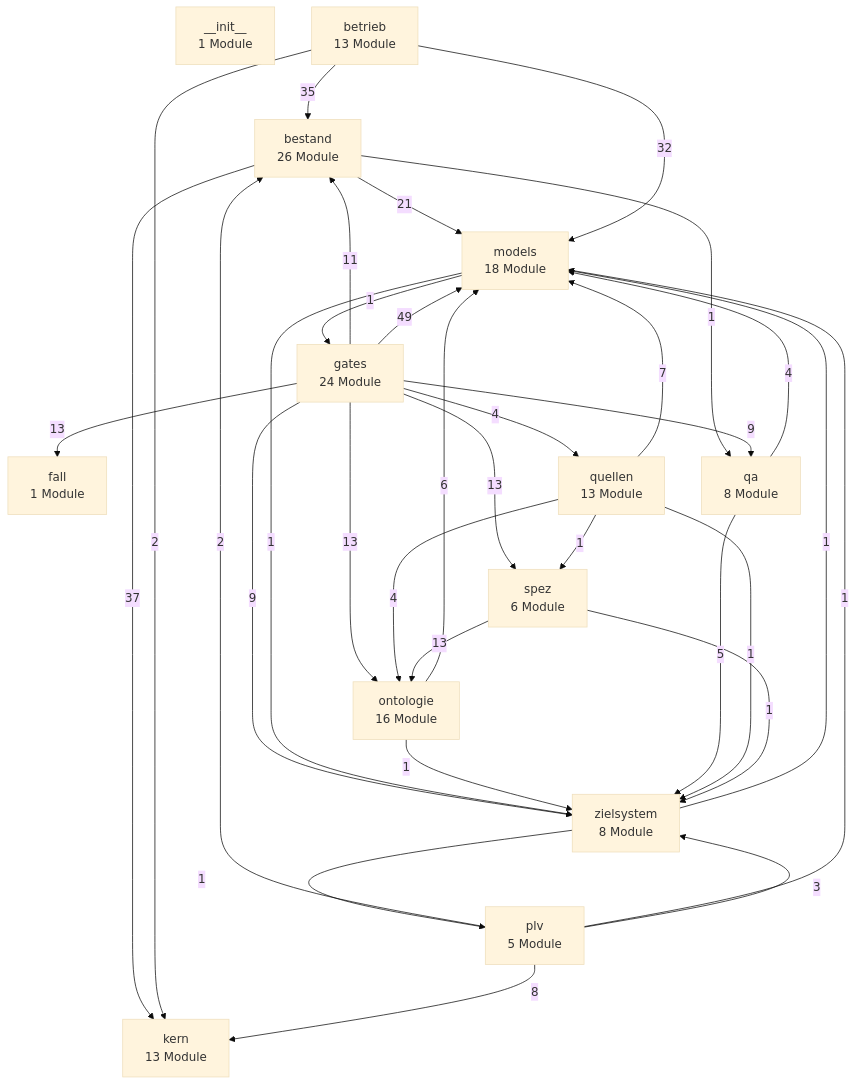
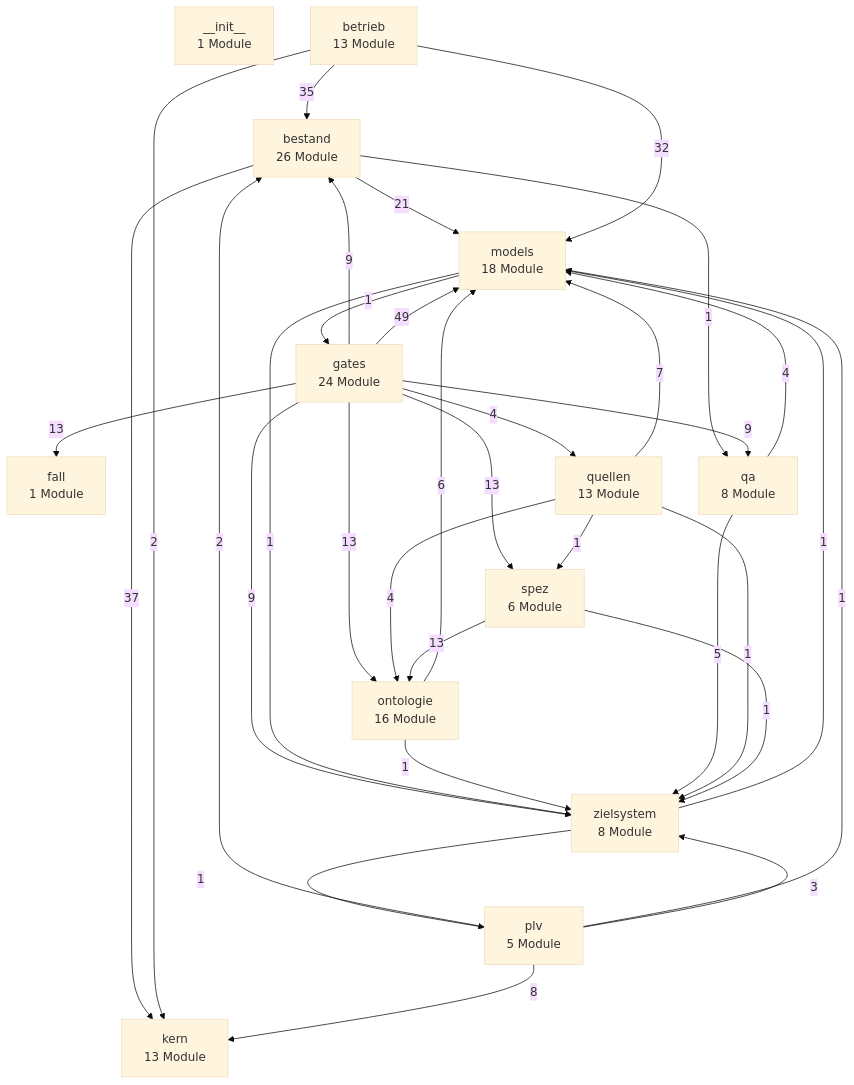
The first of 3 diagrams in docs/architektur/landkarte.md (bartlmac/rechner-pipeline), drawn with Mermaid (base theme) before and after one commit. The commit also changed 6 other files, not shown here.

````diff
--- a/docs/architektur/landkarte.md
+++ b/docs/architektur/landkarte.md
@@ -36,49 +36,49 @@
 ```mermaid
 %% Schichten — erzeugt von ontologie.landkarte
 flowchart TD
     n__init__["__init__<br/>1 Module"]
     bestand["bestand<br/>26 Module"]
     betrieb["betrieb<br/>13 Module"]
     fall["fall<br/>1 Module"]
     gates["gates<br/>24 Module"]
     kern["kern<br/>13 Module"]
     models["models<br/>18 Module"]
     ontologie["ontologie<br/>16 Module"]
     plv["plv<br/>5 Module"]
     qa["qa<br/>8 Module"]
     quellen["quellen<br/>13 Module"]
     spez["spez<br/>6 Module"]
     zielsystem["zielsystem<br/>8 Module"]
     bestand -- 37 --> kern
     bestand -- 21 --> models
     bestand -- 1 --> qa
     betrieb -- 35 --> bestand
     betrieb -- 2 --> kern
     betrieb -- 32 --> models
-    gates -- 11 --> bestand
+    gates -- 9 --> bestand
     gates -- 13 --> fall
     gates -- 49 --> models
     gates -- 13 --> ontologie
     gates -- 9 --> qa
     gates -- 4 --> quellen
     gates -- 13 --> spez
     gates -- 9 --> zielsystem
     models -- 1 --> gates
     models -- 1 --> zielsystem
     ontologie -- 6 --> models
     ontologie -- 1 --> zielsystem
     plv -- 2 --> bestand
     plv -- 8 --> kern
     plv -- 1 --> models
     plv -- 3 --> zielsystem
     qa -- 4 --> models
     qa -- 5 --> zielsystem
     quellen -- 7 --> models
     quellen -- 4 --> ontologie
     quellen -- 1 --> spez
     quellen -- 1 --> zielsystem
     spez -- 13 --> ontologie
     spez -- 1 --> zielsystem
     zielsystem -- 1 --> models
     zielsystem -- 1 --> plv
 ```
````
